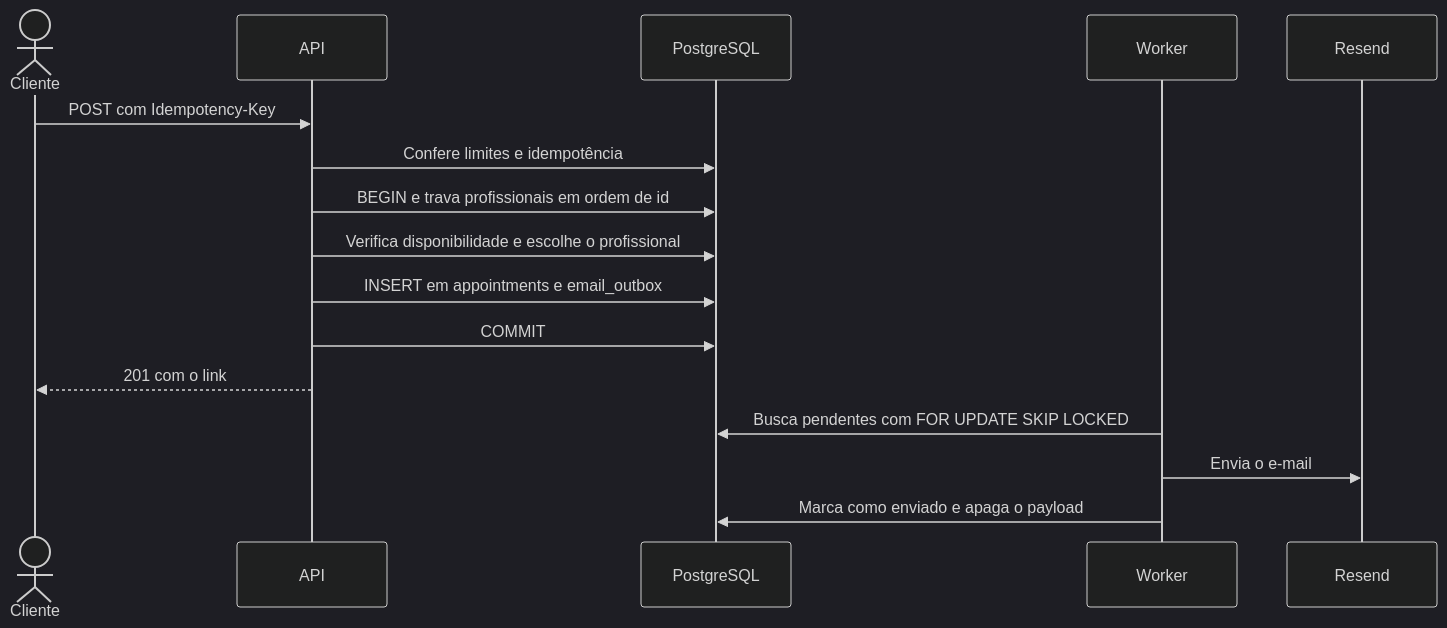
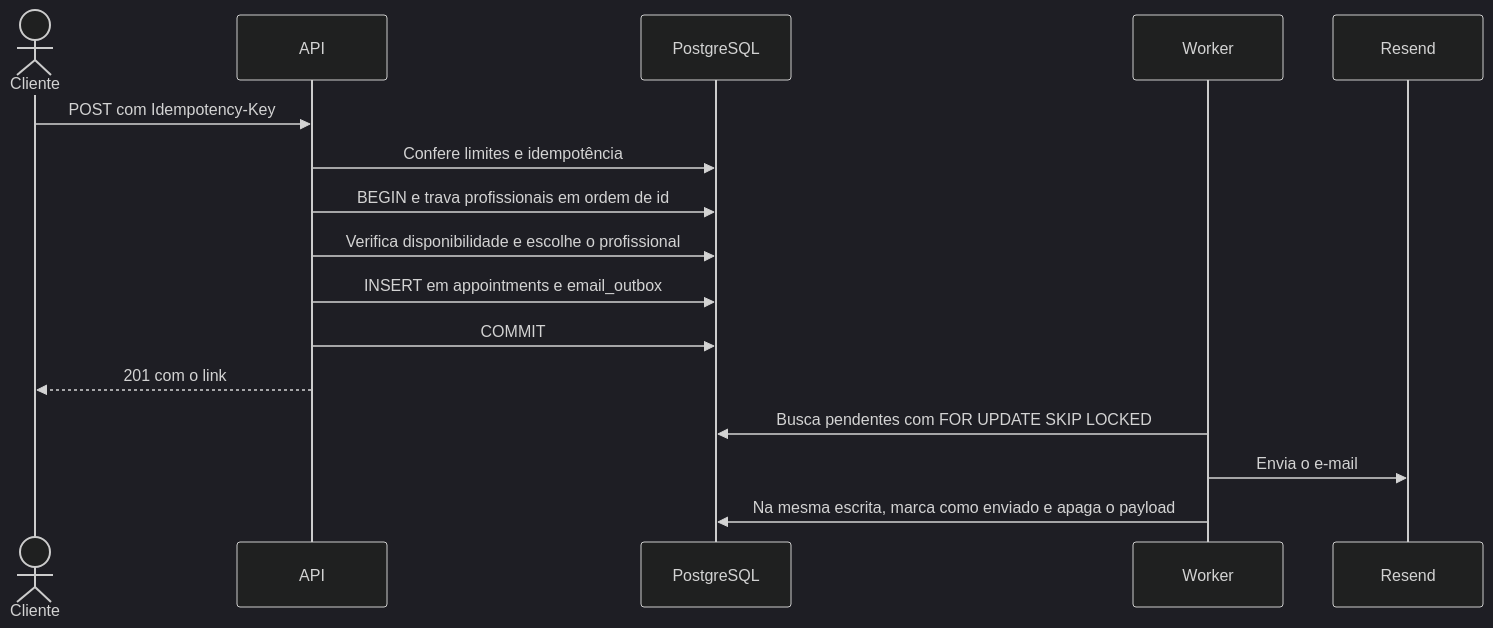
Before and after one commit to kaikyjefferson0/agenda-inteligente: the second of 2 diagrams in docs/08-arquitetura.md, drawn with Mermaid (dark theme). The commit also changed other lines of this file and 19 other files, not shown here.

````diff
--- a/docs/08-arquitetura.md
+++ b/docs/08-arquitetura.md
@@ -75,19 +75,19 @@
 ```mermaid
 sequenceDiagram
     actor C as Cliente
     participant A as API
     participant D as PostgreSQL
     participant W as Worker
     participant E as Resend
 
     C->>A: POST com Idempotency-Key
     A->>D: Confere limites e idempotência
     A->>D: BEGIN e trava profissionais em ordem de id
     A->>D: Verifica disponibilidade e escolhe o profissional
     A->>D: INSERT em appointments e email_outbox
     A->>D: COMMIT
     A-->>C: 201 com o link
     W->>D: Busca pendentes com FOR UPDATE SKIP LOCKED
     W->>E: Envia o e-mail
-    W->>D: Marca como enviado e apaga o payload
+    W->>D: Na mesma escrita, marca como enviado e apaga o payload
 ```
````
